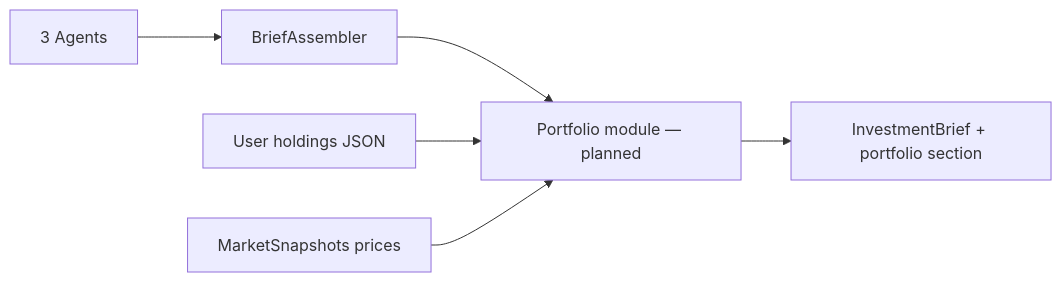
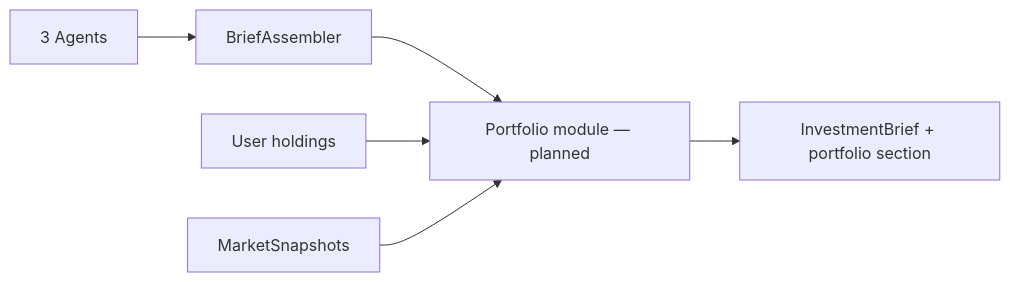
The second of 2 diagrams in README.md (wanmingz/investment_agent), drawn with Mermaid before and after one commit. The commit also changed other lines of this file and 14 other files, not shown here.

````diff
--- a/README.md
+++ b/README.md
@@ -262,8 +266,8 @@
 ```mermaid
 flowchart LR
     A[3 Agents] --> B[BriefAssembler]
     B --> C[Portfolio module — planned]
-    U[User holdings JSON] --> C
-    M[MarketSnapshots prices] --> C
+    U[User holdings] --> C
+    M[MarketSnapshots] --> C
     C --> D[InvestmentBrief + portfolio section]
 ```
````
